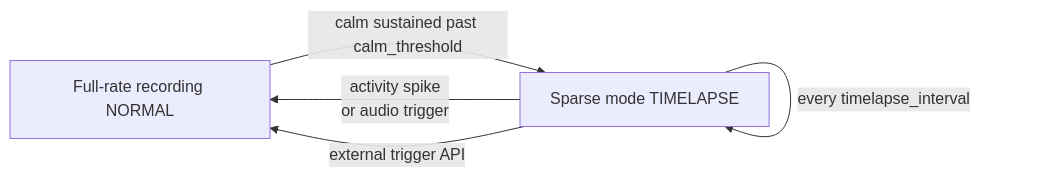
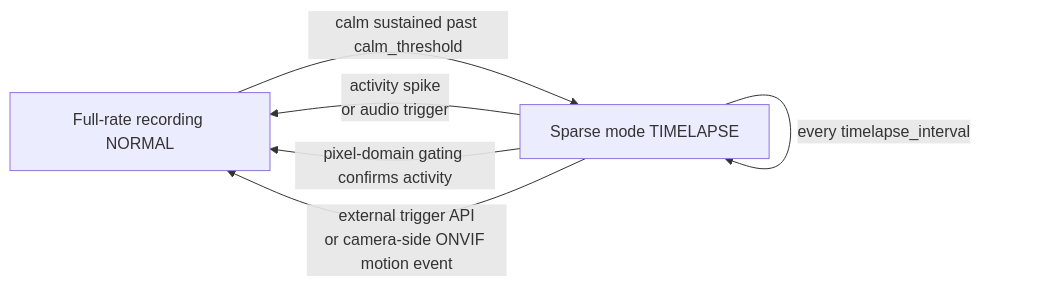
Before and after one commit to Mi-Bee-Studio/mibee-docs: the diagram in mibeenvr/en-US/adaptive-recording.md, drawn with Mermaid. The commit also changed other lines of this file and 68 other files, not shown here.

````diff
--- a/mibeenvr/en-US/adaptive-recording.md
+++ b/mibeenvr/en-US/adaptive-recording.md
@@ -11,7 +11,8 @@
 ```mermaid
 flowchart LR
     A[Full-rate recording NORMAL] -- calm sustained past calm_threshold --> B[Sparse mode TIMELAPSE]
     B -- every timelapse_interval --> B
     B -- activity spike<br/>or audio trigger --> A
-    B -- external trigger API --> A
+    B -- pixel-domain gating confirms activity --> A
+    B -- external trigger API<br/>or camera-side ONVIF motion event --> A
 ```
````
